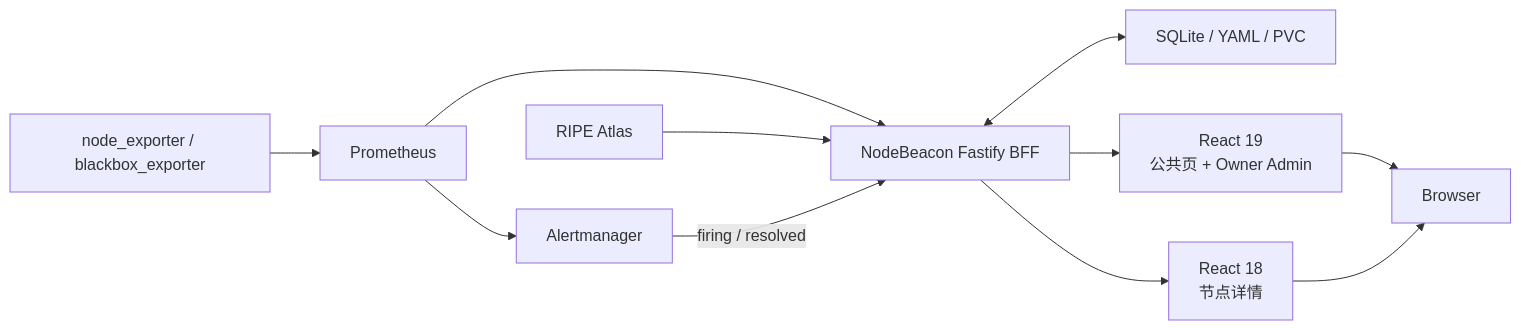
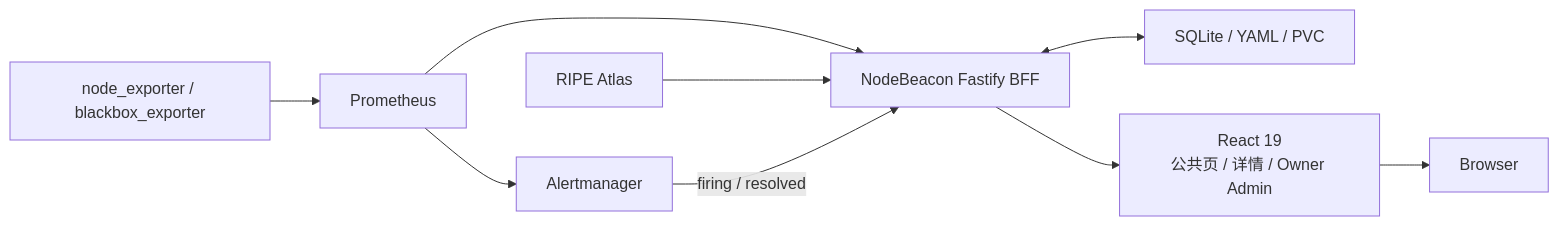
One commit to xljya/NodeBeacon changed the second of 2 diagrams in README.md. Above: the diagram before and after it, drawn with Mermaid. The commit also changed other lines of this file and 75 other files, not shown here.

````diff
--- a/README.md
+++ b/README.md
@@ -122,13 +121,11 @@
 ```mermaid
 flowchart LR
     exporters["node_exporter / blackbox_exporter"] --> prom["Prometheus"]
     prom --> api["NodeBeacon Fastify BFF"]
     prom --> am["Alertmanager"]
     atlas["RIPE Atlas"] --> api
     am -->|"firing / resolved"| api
     api <--> state["SQLite / YAML / PVC"]
-    api --> public["React 19\n公共页 + Owner Admin"]
-    api --> detail["React 18\n节点详情"]
+    api --> public["React 19\n公共页 / 详情 / Owner Admin"]
     public --> browser["Browser"]
-    detail --> browser
 ```
````
